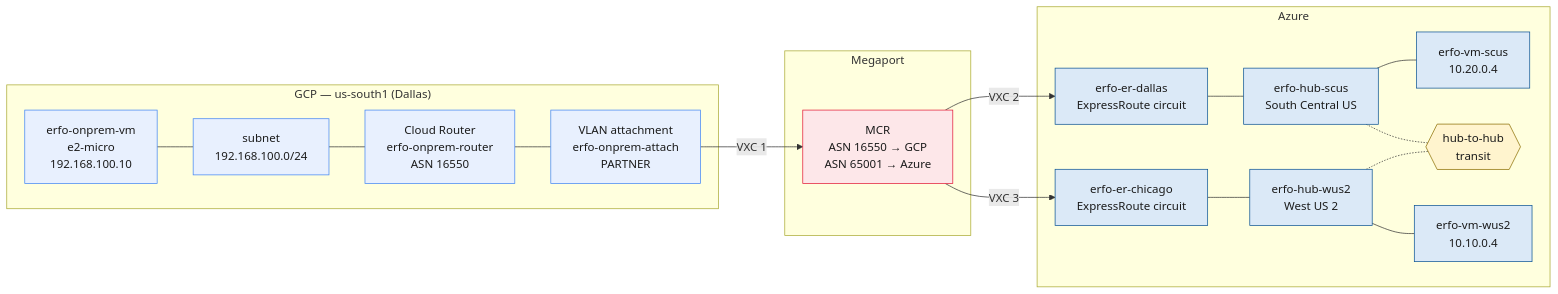
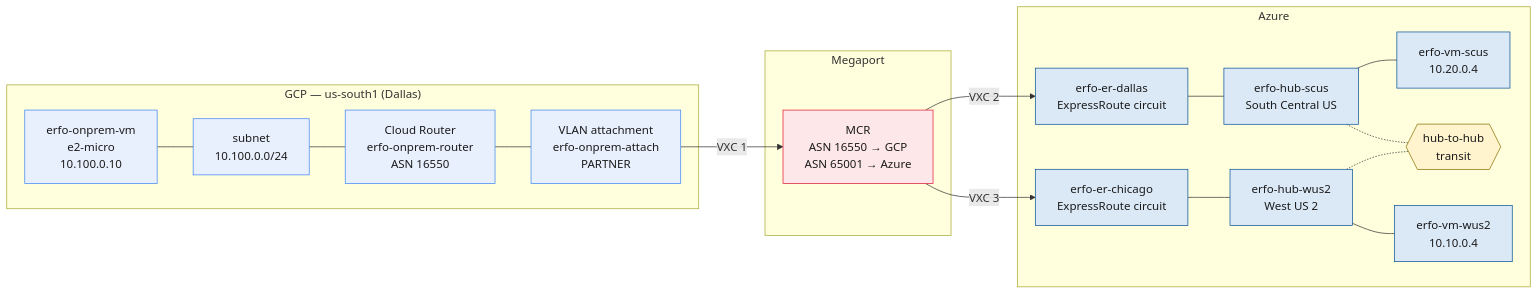
The diagram in er-failover-dual-hub/docs/gcp-onprem.md (dmauser/azure-virtualwan), drawn with Mermaid before and after one commit. The commit also changed other lines of this file and 6 other files, not shown here.

````diff
--- a/er-failover-dual-hub/docs/gcp-onprem.md
+++ b/er-failover-dual-hub/docs/gcp-onprem.md
@@ -16,41 +16,41 @@
 ```mermaid
 flowchart LR
     subgraph GCP["GCP — us-south1 (Dallas)"]
-        VM["erfo-onprem-vm<br/>e2-micro<br/>192.168.100.10"]
-        SUB["subnet<br/>192.168.100.0/24"]
+        VM["erfo-onprem-vm<br/>e2-micro<br/>10.100.0.10"]
+        SUB["subnet<br/>10.100.0.0/24"]
         CR["Cloud Router<br/>erfo-onprem-router<br/>ASN 16550"]
         ATT["VLAN attachment<br/>erfo-onprem-attach<br/>PARTNER"]
     end
 
     subgraph MP["Megaport"]
         MCR["MCR<br/>ASN 16550 → GCP<br/>ASN 65001 → Azure"]
     end
 
     subgraph AZ["Azure"]
         ERD["erfo-er-dallas<br/>ExpressRoute circuit"]
         HUB1["erfo-hub-scus<br/>South Central US"]
         SP1["erfo-vm-scus<br/>10.20.0.4"]
         B2B{{"hub-to-hub<br/>transit"}}
         ERC["erfo-er-chicago<br/>ExpressRoute circuit"]
         HUB2["erfo-hub-wus2<br/>West US 2"]
         SP2["erfo-vm-wus2<br/>10.10.0.4"]
     end
 
     VM --- SUB --- CR --- ATT
     ATT -->|"VXC 1"| MCR
     MCR -->|"VXC 2"| ERD
     MCR -->|"VXC 3"| ERC
     ERD --- HUB1 --- SP1
     ERC --- HUB2 --- SP2
     HUB1 -.- B2B
     HUB2 -.- B2B
 
     classDef gcp fill:#e8f0fe,stroke:#4285f4,color:#1b1b1b
     classDef mp fill:#fde7e9,stroke:#e31937,color:#1b1b1b
     classDef az fill:#dbe9f7,stroke:#0b5394,color:#1b1b1b
     classDef transit fill:#fff4ce,stroke:#8a6d00,color:#1b1b1b
     class VM,SUB,CR,ATT gcp
     class MCR mp
     class ERC,ERD,HUB1,HUB2,SP1,SP2 az
     class B2B transit
 ```
````
